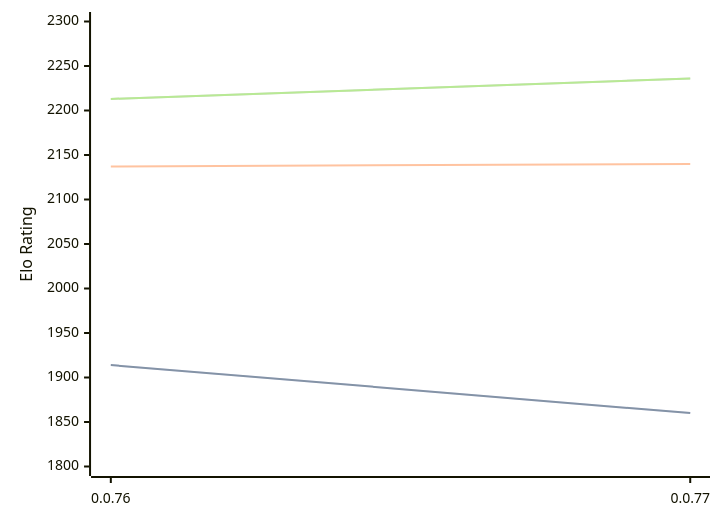
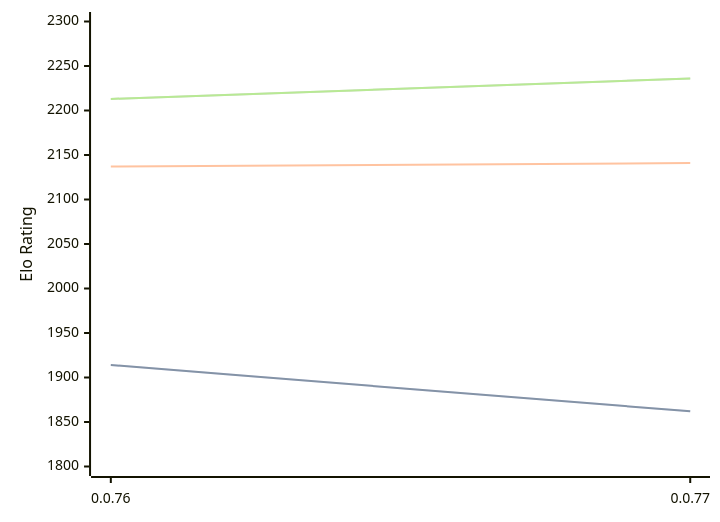
Before and after one commit to computer-chess-index/cci: the diagram in engines/Fktb.md, drawn with Mermaid. The commit also changed other lines of this file, not shown here.

````diff
--- a/engines/Fktb.md
+++ b/engines/Fktb.md
@@ -32,11 +32,11 @@
 ```mermaid
 %%{init: {"theme":"base","themeVariables":{"seriesColors:['#a3a3a3','#222221','#faa371']}}}%%
 xychart-beta
   x-axis ["0.0.76", "0.0.77"]
   y-axis "Elo Rating" 1800 --> 2300
-  line "" [1914, 1860]
-  line "STC (8.0+0.08s)" [1914, 1860]
-  line "LTC (60.0+0.60s)" [2137, 2140]
+  line "" [1914, 1862]
+  line "STC (8.0+0.08s)" [1914, 1862]
+  line "LTC (60.0+0.60s)" [2137, 2141]
   line "" [2213, 2236]
   line "VLTC (2m24s+1.12s)" [2213, 2236]
 ```
````
